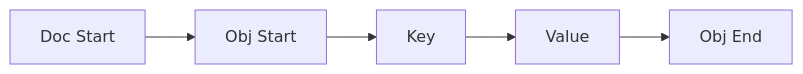
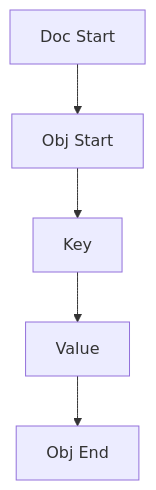
One commit to qbuem/beast-json changed the second of 2 diagrams in docs/theory/architecture.md. Above: the diagram before and after it, drawn with Mermaid. The commit also changed other lines of this file, not shown here.

Commit message:
fix(docs): split chained mermaid arrows to force vertical TD rendering in Memory Layout diagram

````diff
--- a/docs/theory/architecture.md
+++ b/docs/theory/architecture.md
@@ -33,7 +37,7 @@
 ```mermaid
-graph LR
+graph TD
     A[Doc Start] --> B[Obj Start]
     B --> C[Key]
     C --> D[Value]
     D --> E[Obj End]
 ```
````
